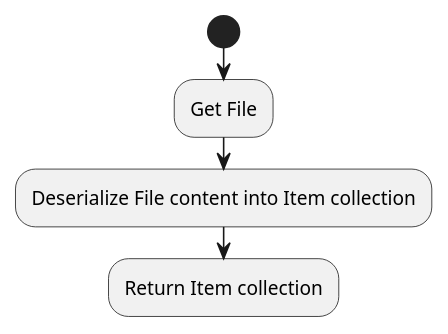
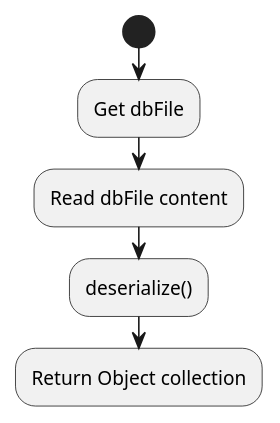
The diagram in src/main/resources/ex44/ActivityDiagrams/downloadObjectFromDb.puml (mplekunov/Assignment_3), drawn with PlantUML before and after one commit. The commit also changed 34 other files, not shown here.

```diff
--- a/src/main/resources/ex44/ActivityDiagrams/downloadObjectFromDb.puml
+++ b/src/main/resources/ex44/ActivityDiagrams/downloadObjectFromDb.puml
@@ -1,9 +1,10 @@
 @startuml
 'https://plantuml.com/activity-diagram-beta
 
 start
-    :Get File;
-    :Deserialize File content into Item collection;
-    :Return Item collection;
+    :Get dbFile;
+    :Read dbFile content;
+    :deserialize();
+    :Return Object collection;
 
 @enduml
```
